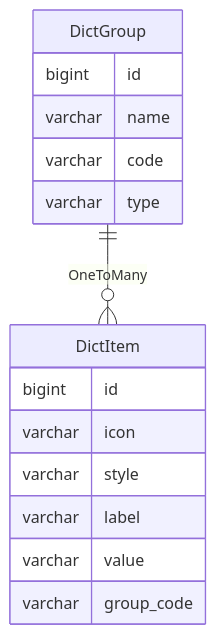
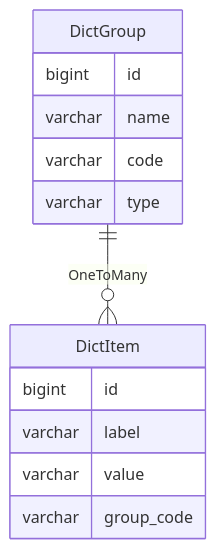
Before and after one commit to mrzhqiang/rowing: the diagram in docs/1.develop/3.dict.md, drawn with Mermaid. The commit also changed other lines of this file and 2 other files, not shown here.

````diff
--- a/docs/1.develop/3.dict.md
+++ b/docs/1.develop/3.dict.md
@@ -56,18 +60,16 @@
 ```mermaid
 erDiagram
     DictGroup ||--o{ DictItem : OneToMany
     DictGroup {
         bigint id
         varchar name
         varchar code
         varchar type
     }
     DictItem {
         bigint id
-        varchar icon
-        varchar style
         varchar label
         varchar value
         varchar group_code
     }
 ```
````
